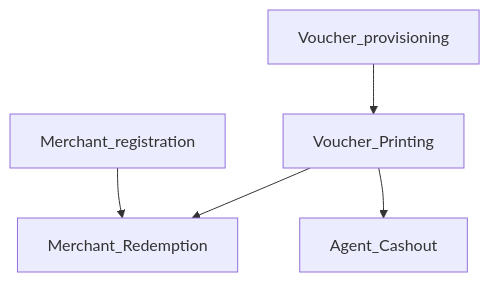
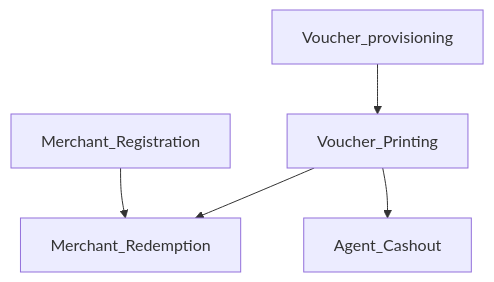
One commit to GovStackWorkingGroup/bb-payments changed the first of 4 diagrams in spec/9-internal-workflows/9.2-voucher-payments.md. Above: the diagram before and after it, drawn with Mermaid. The commit also changed other lines of this file and 22 other files, not shown here.

````diff
--- a/spec/9-internal-workflows/9.2-voucher-payments.md
+++ b/spec/9-internal-workflows/9.2-voucher-payments.md
@@ -13,6 +13,6 @@
 ```mermaid fullWidth="false"
 graph TD
 Voucher_provisioning --> Voucher_Printing --> Merchant_Redemption
 Voucher_Printing --> Agent_Cashout
-Merchant_registration --> Merchant_Redemption
+Merchant_Registration --> Merchant_Redemption
 ```
````
